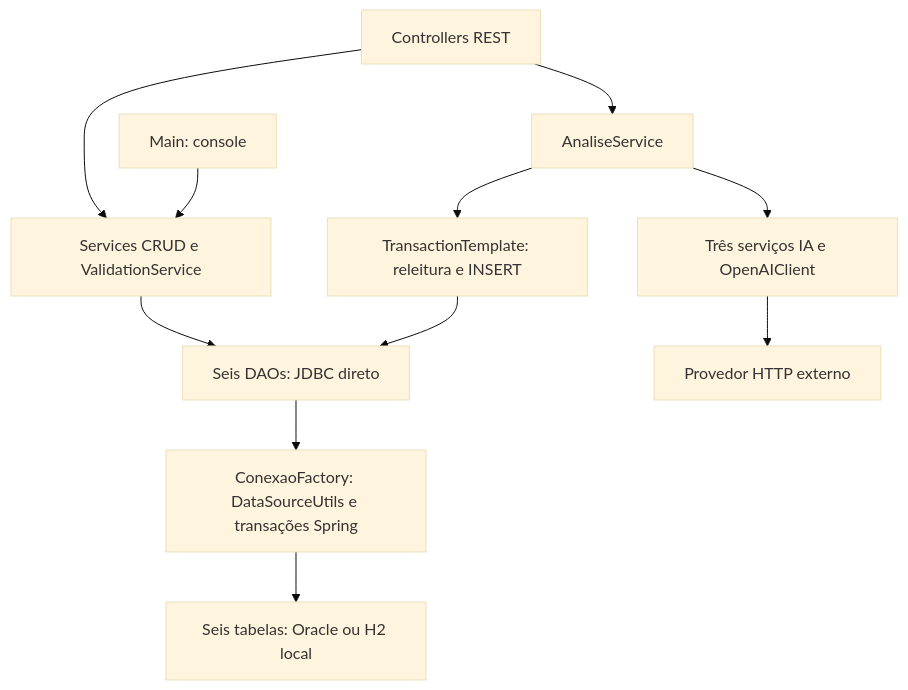
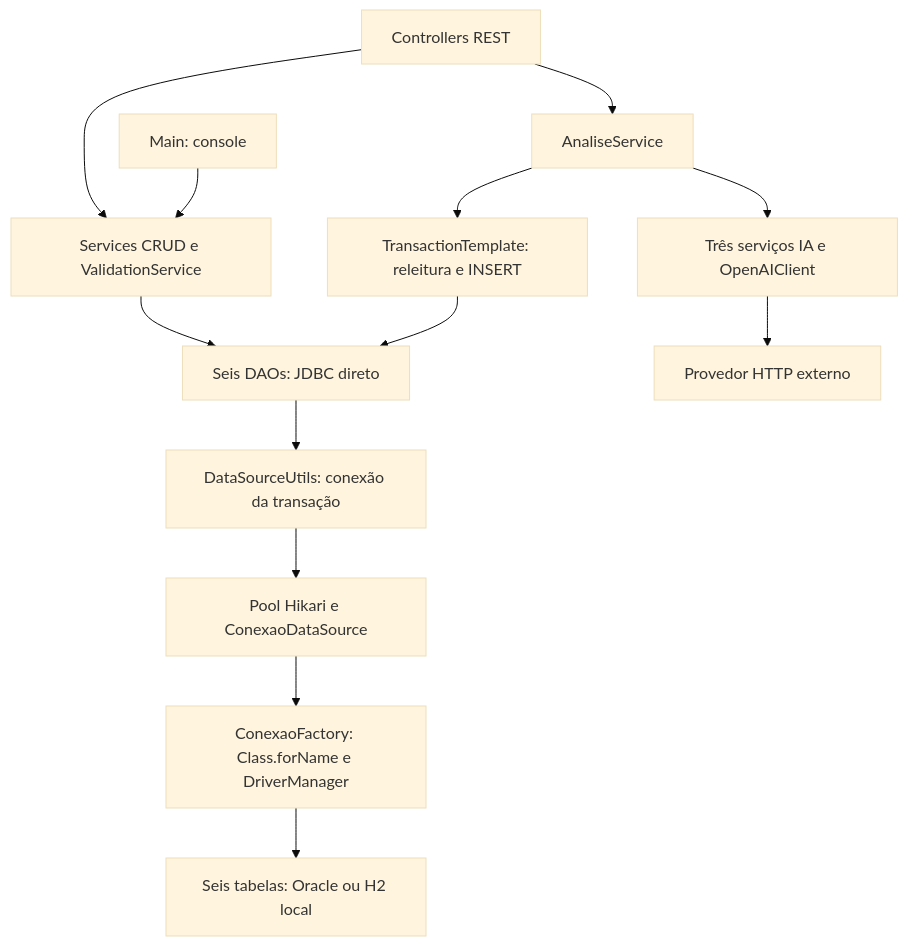
One commit to jovexdev/Backend_Java_Sprint4 changed the diagram in TOTVS-AdvisorMind/docs/diagramas/camadas.mmd. Above: the diagram before and after it, drawn with Mermaid (base theme). The commit also changed 22 other files, not shown here.

Commit message:
fix: usar abertura JDBC do professor na ConexaoFactory

```diff
--- a/TOTVS-AdvisorMind/docs/diagramas/camadas.mmd
+++ b/TOTVS-AdvisorMind/docs/diagramas/camadas.mmd
@@ -1,11 +1,13 @@
 flowchart TD
  C["Controllers REST"] --> S["Services CRUD e ValidationService"]
  M["Main: console"] --> S
  S --> D["Seis DAOs: JDBC direto"]
- D --> F["ConexaoFactory: DataSourceUtils e transações Spring"]
+ D --> TX["DataSourceUtils: conexão da transação"]
+ TX --> POOL["Pool Hikari e ConexaoDataSource"]
+ POOL --> F["ConexaoFactory: Class.forName e DriverManager"]
  F --> DB["Seis tabelas: Oracle ou H2 local"]
  C --> A["AnaliseService"]
  A --> I["Três serviços IA e OpenAIClient"]
  I --> P["Provedor HTTP externo"]
  A --> T["TransactionTemplate: releitura e INSERT"]
  T --> D
```
